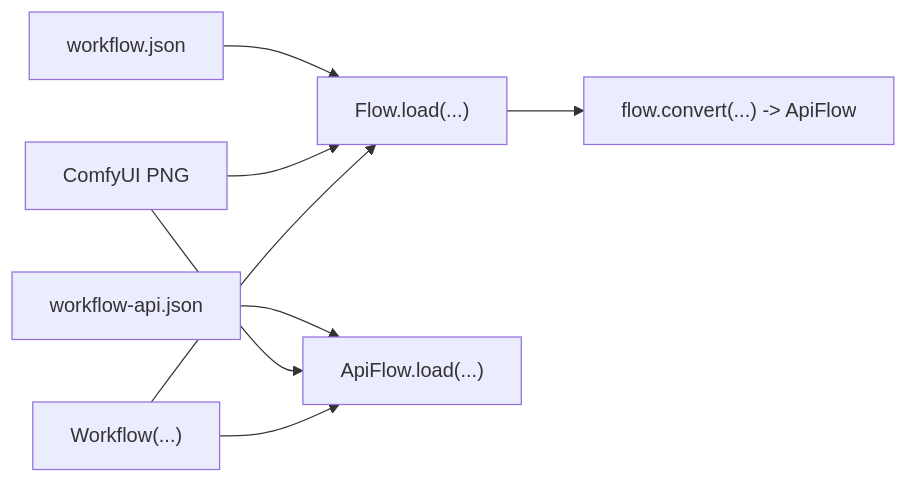
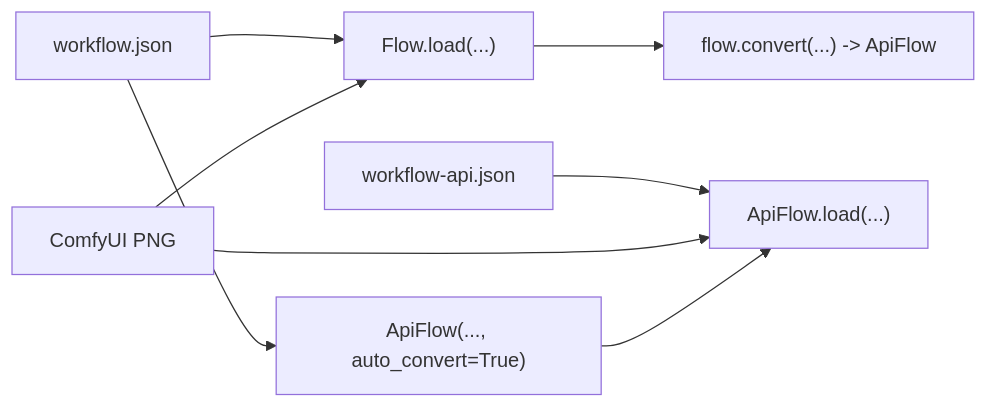
One commit to chrisdreid/comfyui-autoflow changed the diagram in docs/load-vs-convert.md. Above: the diagram before and after it, drawn with Mermaid. The commit also changed other lines of this file and 31 other files, not shown here.

Commit message:
Workflow class refactoring (Option A): absorbing auto-detection into ApiFlow, deprecating Workflow as a compatibility alias. Covers changes across models.py, flowtree.py, cli.py and smoke test results.

````diff
--- a/docs/load-vs-convert.md
+++ b/docs/load-vs-convert.md
@@ -7,10 +7,10 @@
 ```mermaid
 flowchart LR
   workspace["workflow.json"] --> flow["Flow.load(...)"]
   flow --> apiFlow["flow.convert(...) -> ApiFlow"]
   apiPayload["workflow-api.json"] --> apiFlowLoad["ApiFlow.load(...)"]
   png["ComfyUI PNG"] --> apiFlowLoad
   png --> flow
-  wrapper["Workflow(...)"] --> flow
-  wrapper --> apiFlowLoad
+  workspace --> autoDetect["ApiFlow(..., auto_convert=True)"]
+  autoDetect --> apiFlowLoad
 ```
````
